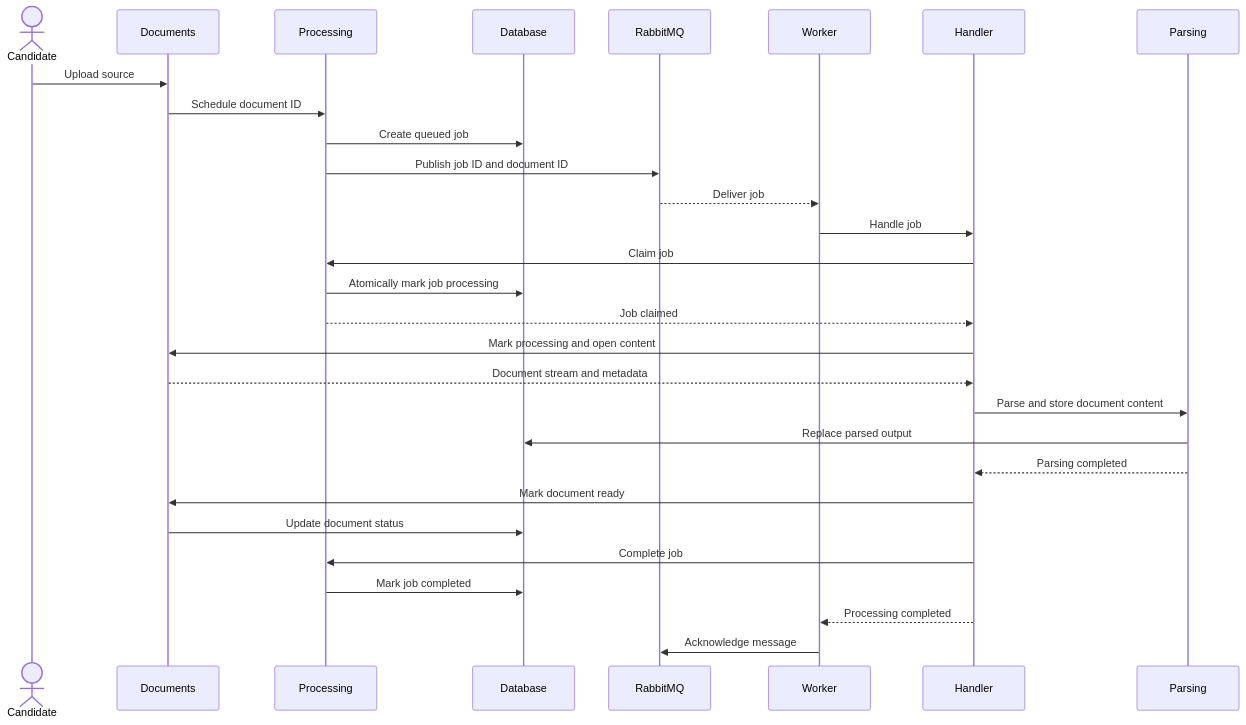
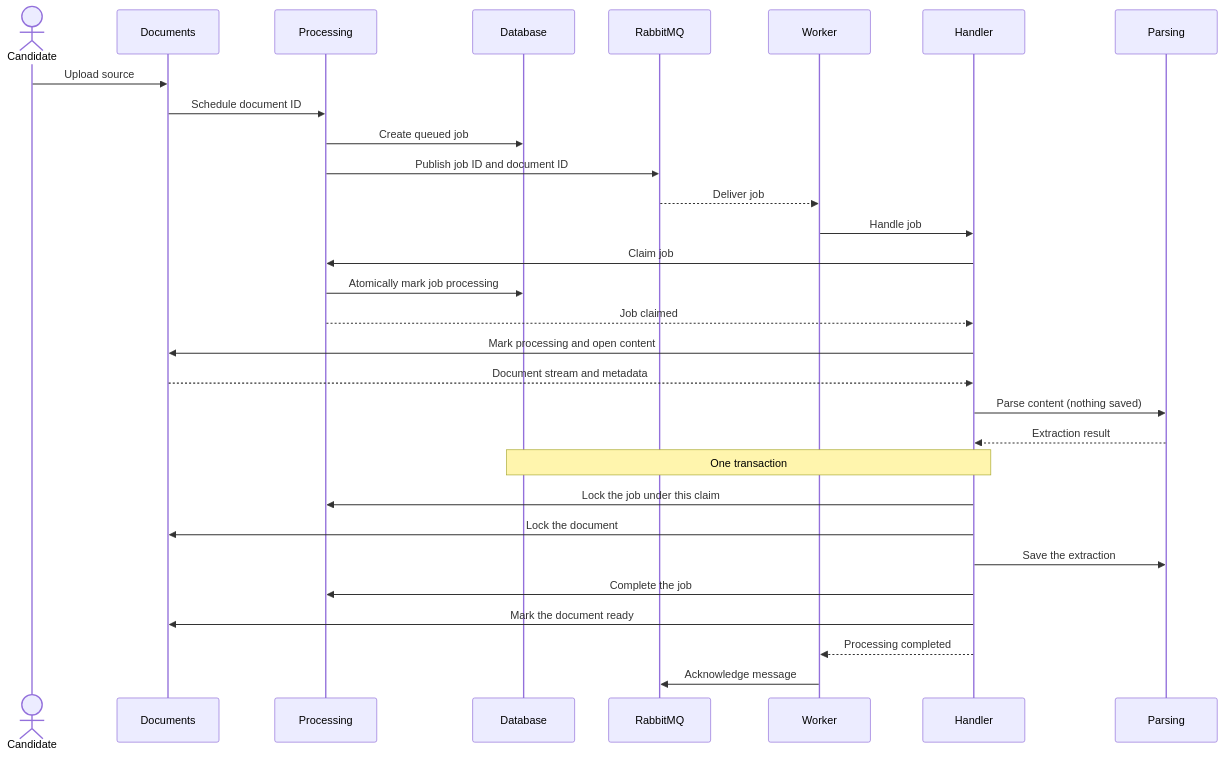
One commit to cv-parser-team/Backend changed the second of 4 diagrams in docs/modules/document-processing.md. Above: the diagram before and after it, drawn with Mermaid. The commit also changed other lines of this file and 4 other files, not shown here.

Commit message:
docs: document processing concurrency rules and the unit of work

````diff
--- a/docs/modules/document-processing.md
+++ b/docs/modules/document-processing.md
@@ -92,32 +95,33 @@
 ```mermaid
 sequenceDiagram
     actor Candidate
     participant Documents
     participant Processing
     participant Database
     participant RabbitMQ
     participant Worker
     participant Handler
     participant Parsing
 
     Candidate->>Documents: Upload source
     Documents->>Processing: Schedule document ID
     Processing->>Database: Create queued job
     Processing->>RabbitMQ: Publish job ID and document ID
     RabbitMQ-->>Worker: Deliver job
     Worker->>Handler: Handle job
     Handler->>Processing: Claim job
     Processing->>Database: Atomically mark job processing
     Processing-->>Handler: Job claimed
     Handler->>Documents: Mark processing and open content
     Documents-->>Handler: Document stream and metadata
-    Handler->>Parsing: Parse and store document content
-    Parsing->>Database: Replace parsed output
-    Parsing-->>Handler: Parsing completed
-    Handler->>Documents: Mark document ready
-    Documents->>Database: Update document status
-    Handler->>Processing: Complete job
-    Processing->>Database: Mark job completed
+    Handler->>Parsing: Parse content (nothing saved)
+    Parsing-->>Handler: Extraction result
+    Note over Handler,Database: One transaction
+    Handler->>Processing: Lock the job under this claim
+    Handler->>Documents: Lock the document
+    Handler->>Parsing: Save the extraction
+    Handler->>Processing: Complete the job
+    Handler->>Documents: Mark the document ready
     Handler-->>Worker: Processing completed
     Worker->>RabbitMQ: Acknowledge message
 ```
````
